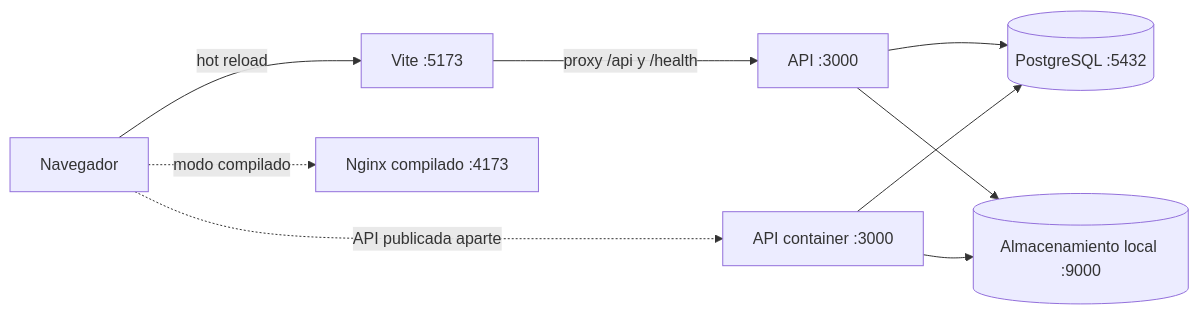
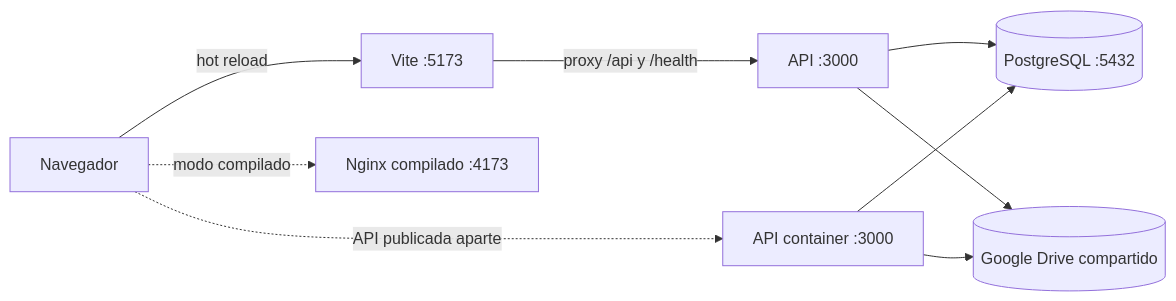
The fifth of 5 diagrams in docs/technical/infrastructure-and-operations.md (luistorres-idt/puk), drawn with Mermaid before and after one commit. The commit also changed other lines of this file and 17 other files, not shown here.

````diff
--- a/docs/technical/infrastructure-and-operations.md
+++ b/docs/technical/infrastructure-and-operations.md
@@ -330,20 +321,20 @@
 ```mermaid
 flowchart LR
     Browser[Navegador]
     Vite[Vite :5173]
     ApiHost[API :3000]
     WebCompose[Nginx compilado :4173]
     ApiCompose[API container :3000]
     PG[(PostgreSQL :5432)]
-    FileStore[(Almacenamiento local :9000)]
+    Drive[(Google Drive compartido)]
 
     Browser -->|hot reload| Vite
     Vite -->|proxy /api y /health| ApiHost
     ApiHost --> PG
-    ApiHost --> FileStore
+    ApiHost --> Drive
 
     Browser -.->|modo compilado| WebCompose
     Browser -.->|API publicada aparte| ApiCompose
     ApiCompose --> PG
-    ApiCompose --> FileStore
+    ApiCompose --> Drive
 ```
````
